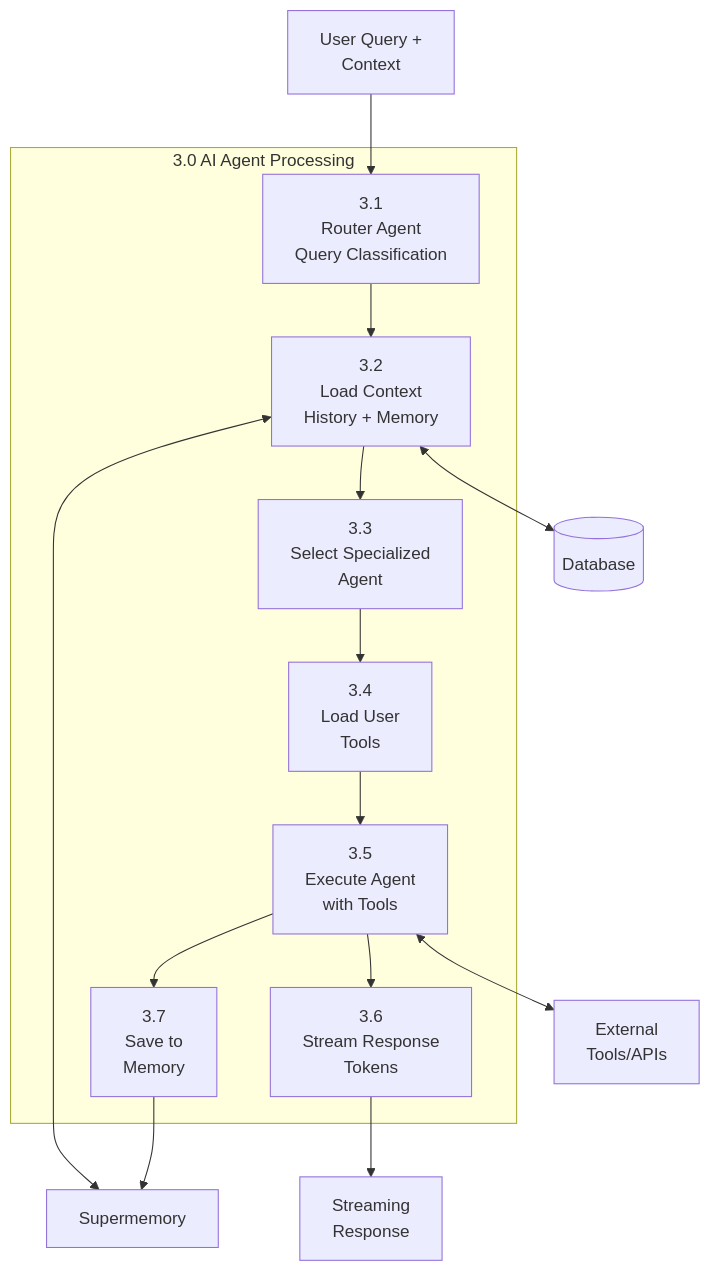
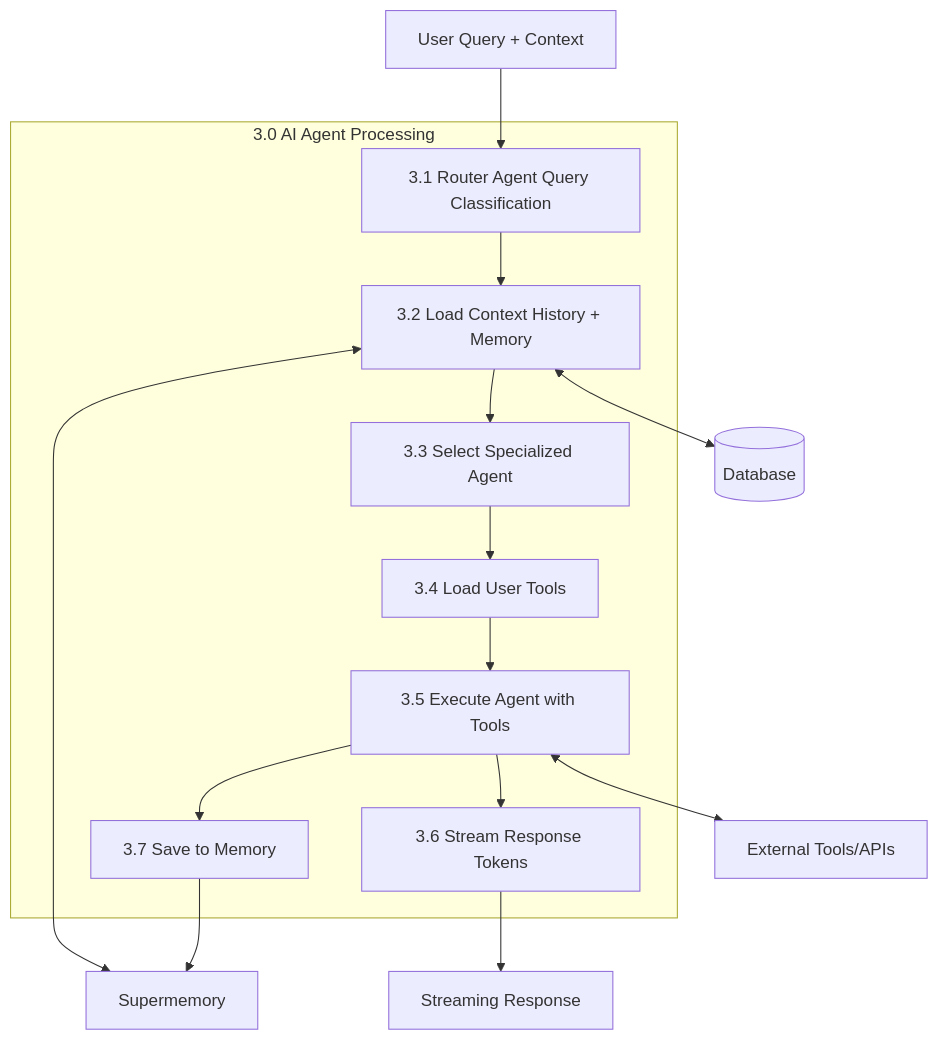
One commit to himanshuraimau/Kuma changed the sixth of 8 diagrams in docss/arch.docs.md. Above: the diagram before and after it, drawn with Mermaid. The commit also changed other lines of this file and 3 other files, not shown here.

Commit message:
docs: Condense multi-line mermaid diagram labels to single lines for improved readability.

````diff
--- a/docss/arch.docs.md
+++ b/docss/arch.docs.md
@@ -220,32 +220,32 @@
 ```mermaid
 flowchart TB
-    Input[User Query +\nContext]
+    Input[User Query + Context]
     
     subgraph AgentProcessing["3.0 AI Agent Processing"]
-        Router[3.1\nRouter Agent\nQuery Classification]
-        LoadContext[3.2\nLoad Context\nHistory + Memory]
-        SelectAgent[3.3\nSelect Specialized\nAgent]
-        LoadTools[3.4\nLoad User\nTools]
-        Execute[3.5\nExecute Agent\nwith Tools]
-        Stream[3.6\nStream Response\nTokens]
-        SaveMemory[3.7\nSave to\nMemory]
+        Router[3.1 Router Agent Query Classification]
+        LoadContext[3.2 Load Context History + Memory]
+        SelectAgent[3.3 Select Specialized Agent]
+        LoadTools[3.4 Load User Tools]
+        Execute[3.5 Execute Agent with Tools]
+        Stream[3.6 Stream Response Tokens]
+        SaveMemory[3.7 Save to Memory]
     end
     
     DB[(Database)]
     Memory[Supermemory]
-    Tools[External\nTools/APIs]
-    Output[Streaming\nResponse]
+    Tools[External Tools/APIs]
+    Output[Streaming Response]
     
     Input --> Router
     Router --> LoadContext
     LoadContext <--> DB
     LoadContext <--> Memory
     LoadContext --> SelectAgent
     SelectAgent --> LoadTools
     LoadTools --> Execute
     Execute <--> Tools
     Execute --> Stream
     Stream --> Output
     Execute --> SaveMemory
     SaveMemory --> Memory
 ```
````
